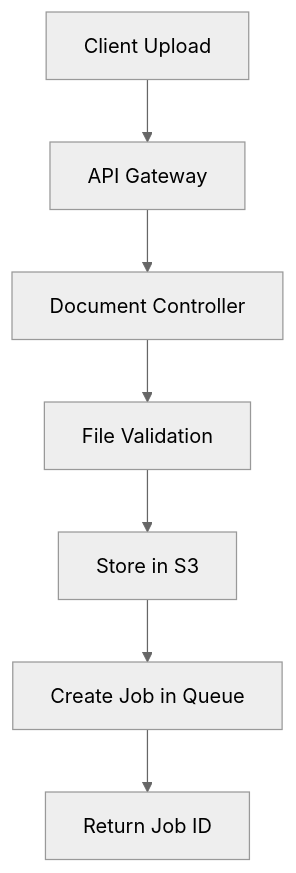
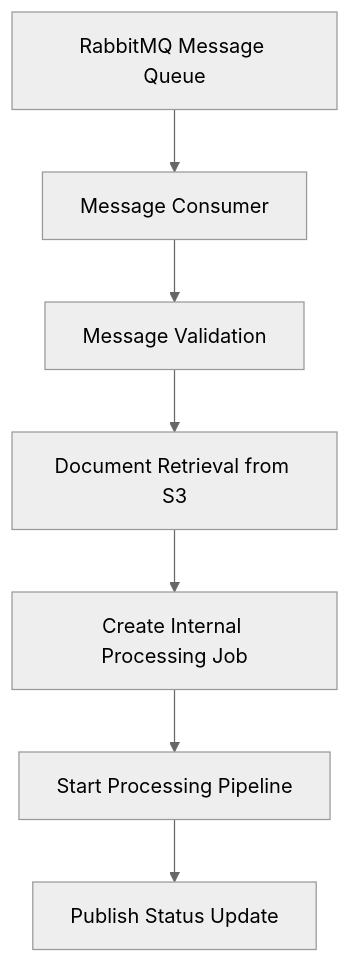
The first of 7 diagrams in MVP_ARCHITECTURE_PLAN.md (Really-Great-Tech/expenses-ai-api-wrapper), drawn with Mermaid (neutral theme) before and after one commit. The commit also changed other lines of this file, not shown here.

Commit message:
Updated MVP Architecture Plan

````diff
--- a/MVP_ARCHITECTURE_PLAN.md
+++ b/MVP_ARCHITECTURE_PLAN.md
@@ -189,9 +216,9 @@
 ```mermaid
 graph TD
-    A[Client Upload] --> B[API Gateway]
-    B --> C[Document Controller]
-    C --> D[File Validation]
-    D --> E[Store in S3]
-    E --> F[Create Job in Queue]
-    F --> G[Return Job ID]
+    A[RabbitMQ Message Queue] --> B[Message Consumer]
+    B --> C[Message Validation]
+    C --> D[Document Retrieval from S3]
+    D --> E[Create Internal Processing Job]
+    E --> F[Start Processing Pipeline]
+    F --> G[Publish Status Update]
 ```
````
